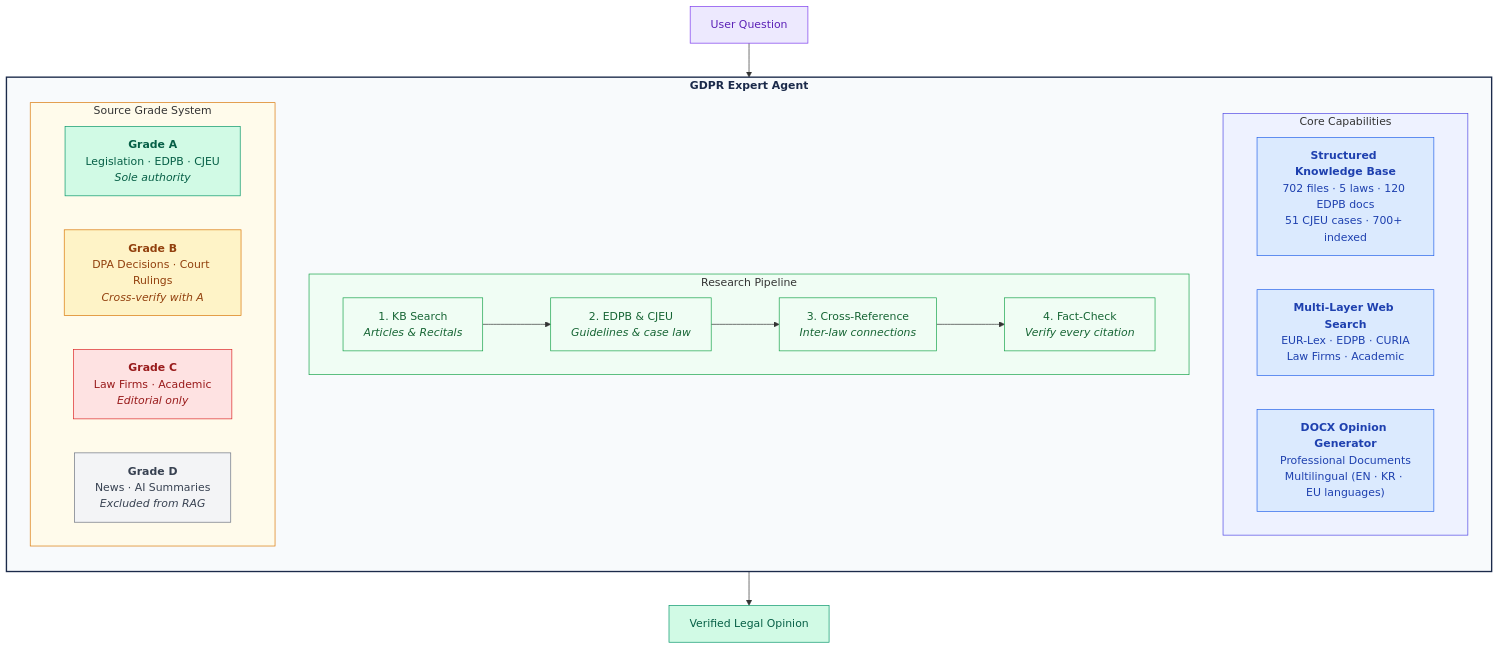
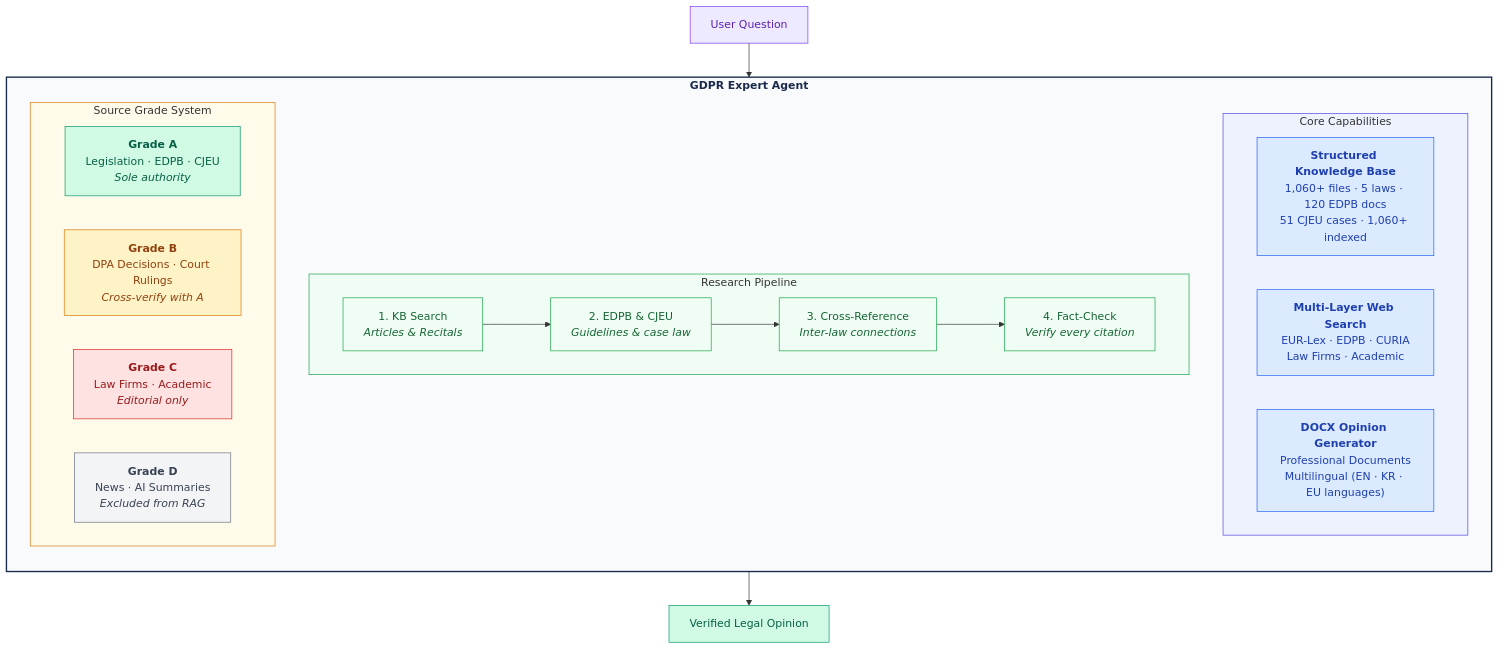
One commit to lowtidebuild/GDPR-expert changed the first of 3 diagrams in README.md. Above: the diagram before and after it, drawn with Mermaid. The commit also changed other lines of this file and 9 other files, not shown here.

````diff
--- a/README.md
+++ b/README.md
@@ -54,51 +54,51 @@
 ```mermaid
 graph TB
     subgraph agent["<b>GDPR Expert Agent</b>"]
         direction TB
 
         subgraph core["Core Capabilities"]
             direction LR
-            KB["<b>Structured Knowledge Base</b><br/>702 files · 5 laws · 120 EDPB docs<br/>51 CJEU cases · 700+ indexed"]
+            KB["<b>Structured Knowledge Base</b><br/>1,060+ files · 5 laws · 120 EDPB docs<br/>51 CJEU cases · 1,060+ indexed"]
             WS["<b>Multi-Layer Web Search</b><br/>EUR-Lex · EDPB · CURIA<br/>Law Firms · Academic"]
             DX["<b>DOCX Opinion Generator</b><br/>Professional Documents<br/>Multilingual (EN · KR · EU languages)"]
         end
 
         subgraph pipeline["Research Pipeline"]
             direction LR
             S1["1. KB Search<br/><i>Articles & Recitals</i>"]
             S2["2. EDPB & CJEU<br/><i>Guidelines & case law</i>"]
             S3["3. Cross-Reference<br/><i>Inter-law connections</i>"]
             S4["4. Fact-Check<br/><i>Verify every citation</i>"]
             S1 --> S2 --> S3 --> S4
         end
 
         subgraph grades["Source Grade System"]
             direction LR
             GA["<b>Grade A</b><br/>Legislation · EDPB · CJEU<br/><i>Sole authority</i>"]
             GB["<b>Grade B</b><br/>DPA Decisions · Court Rulings<br/><i>Cross-verify with A</i>"]
             GC["<b>Grade C</b><br/>Law Firms · Academic<br/><i>Editorial only</i>"]
             GD["<b>Grade D</b><br/>News · AI Summaries<br/><i>Excluded from RAG</i>"]
         end
     end
 
     Q["User Question"] --> S1
     S4 --> O["Verified Legal Opinion"]
 
     style agent fill:#f8fafc,stroke:#1B2A4A,stroke-width:2px,color:#1B2A4A
     style core fill:#eef2ff,stroke:#4f46e5,stroke-width:1px
     style pipeline fill:#f0fdf4,stroke:#16a34a,stroke-width:1px
     style grades fill:#fffbeb,stroke:#d97706,stroke-width:1px
     style KB fill:#dbeafe,stroke:#2563eb,color:#1e40af
     style WS fill:#dbeafe,stroke:#2563eb,color:#1e40af
     style DX fill:#dbeafe,stroke:#2563eb,color:#1e40af
     style GA fill:#d1fae5,stroke:#059669,color:#065f46
     style GB fill:#fef3c7,stroke:#d97706,color:#92400e
     style GC fill:#fee2e2,stroke:#dc2626,color:#991b1b
     style GD fill:#f3f4f6,stroke:#6b7280,color:#374151
     style Q fill:#ede9fe,stroke:#7c3aed,color:#5b21b6
     style O fill:#d1fae5,stroke:#059669,color:#065f46
     style S1 fill:#f0fdf4,stroke:#16a34a,color:#166534
     style S2 fill:#f0fdf4,stroke:#16a34a,color:#166534
     style S3 fill:#f0fdf4,stroke:#16a34a,color:#166534
     style S4 fill:#f0fdf4,stroke:#16a34a,color:#166534
 ```
````
